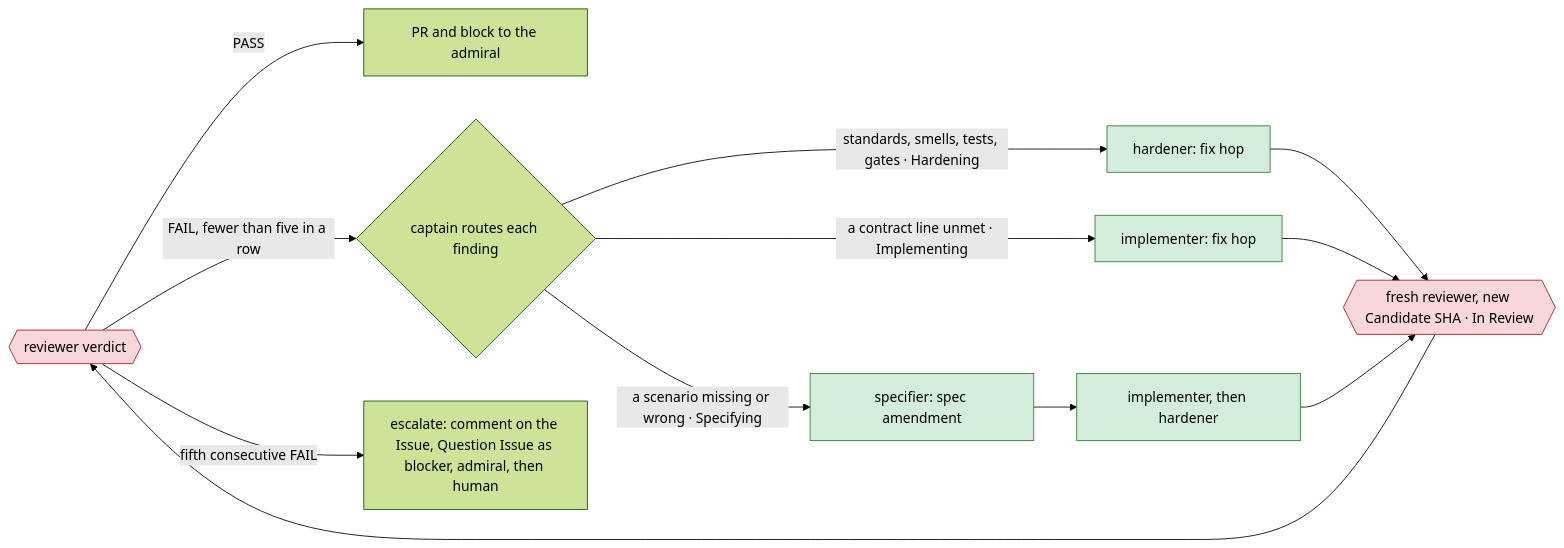
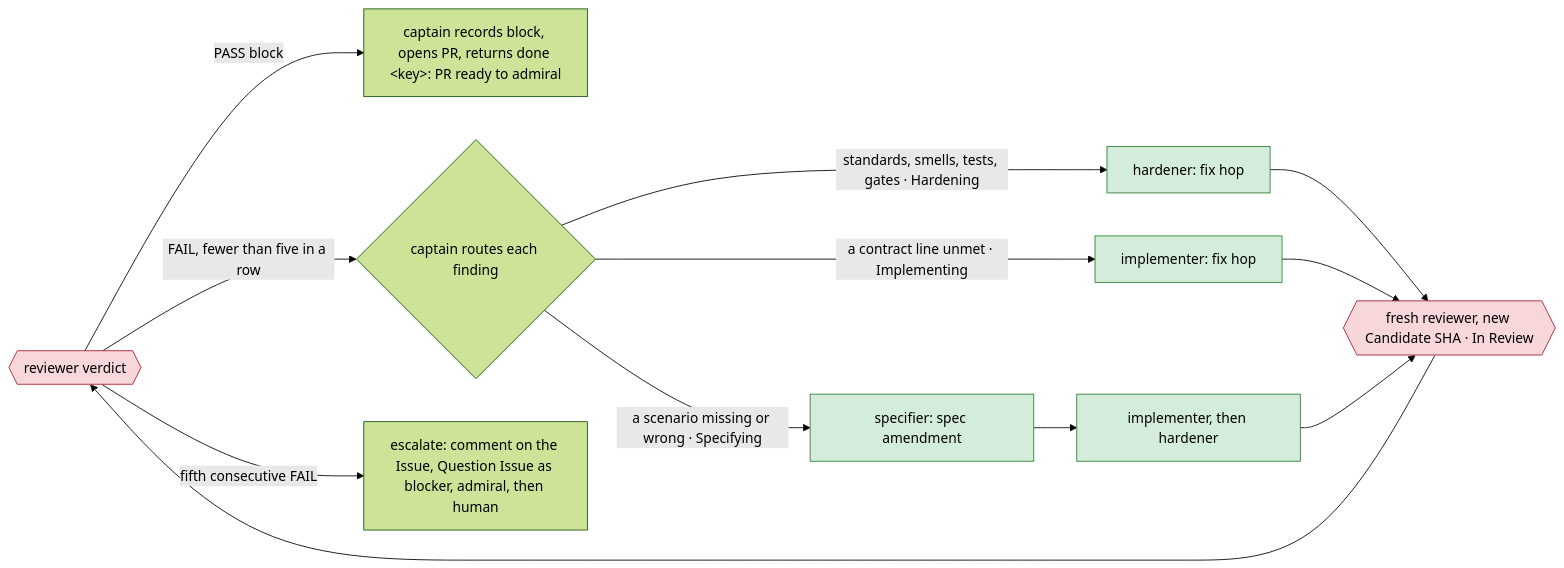
Before and after one commit to bodnarbalazs/dydo: the sixth of 12 diagrams in dydo/understand/control-flow.md, drawn with Mermaid (forest theme). The commit also changed other lines of this file and 445 other files, not shown here.

````diff
--- a/dydo/understand/control-flow.md
+++ b/dydo/understand/control-flow.md
@@ -440,16 +455,16 @@
 ```mermaid
 flowchart LR
   classDef worker fill:#d4edda,stroke:#2e7d32,color:#000
   classDef reviewer fill:#f8d7da,stroke:#a71d2a,color:#000
-  RV{{reviewer verdict}}:::reviewer -->|PASS| OK[PR and block to the admiral]
+  RV{{reviewer verdict}}:::reviewer -->|PASS block| OK[captain records block, opens PR, returns done &lt;key&gt;: PR ready to admiral]
   RV -->|"FAIL, fewer than five in a row"| RT{captain routes each finding}
   RT -->|"standards, smells, tests, gates · Hardening"| HD[hardener: fix hop]:::worker
   RT -->|"a contract line unmet · Implementing"| IM[implementer: fix hop]:::worker
   RT -->|"a scenario missing or wrong · Specifying"| SP[specifier: spec amendment]:::worker
   SP --> IM2[implementer, then hardener]:::worker
   HD --> FR{{fresh reviewer, new Candidate SHA · In Review}}:::reviewer
   IM --> FR
   IM2 --> FR
   FR --> RV
   RV -->|fifth consecutive FAIL| ESC[escalate: comment on the Issue, Question Issue as blocker, admiral, then human]
 ```
````
